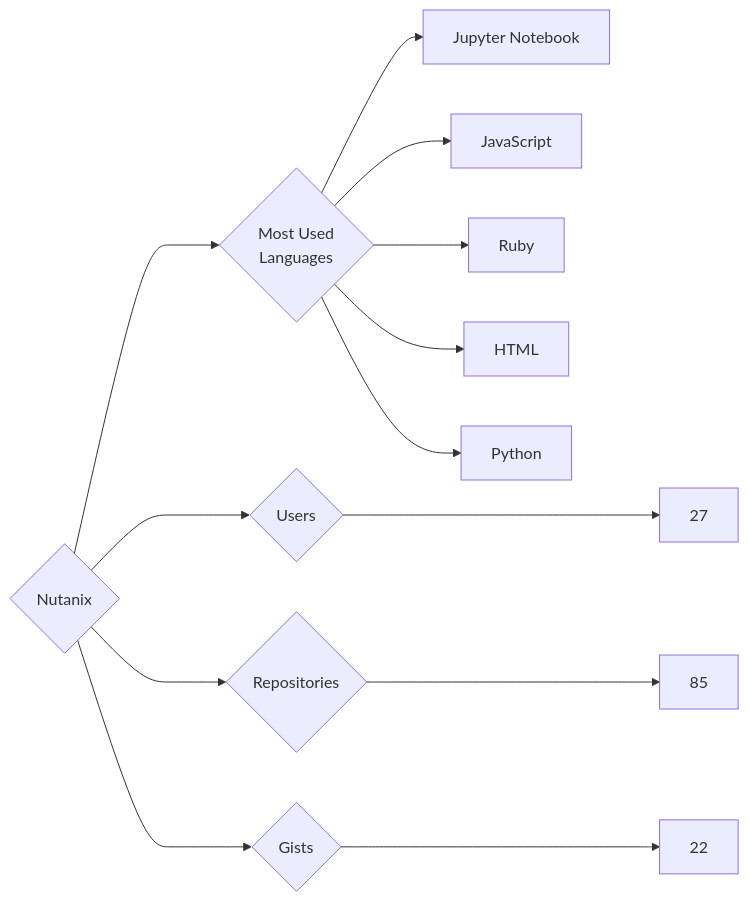
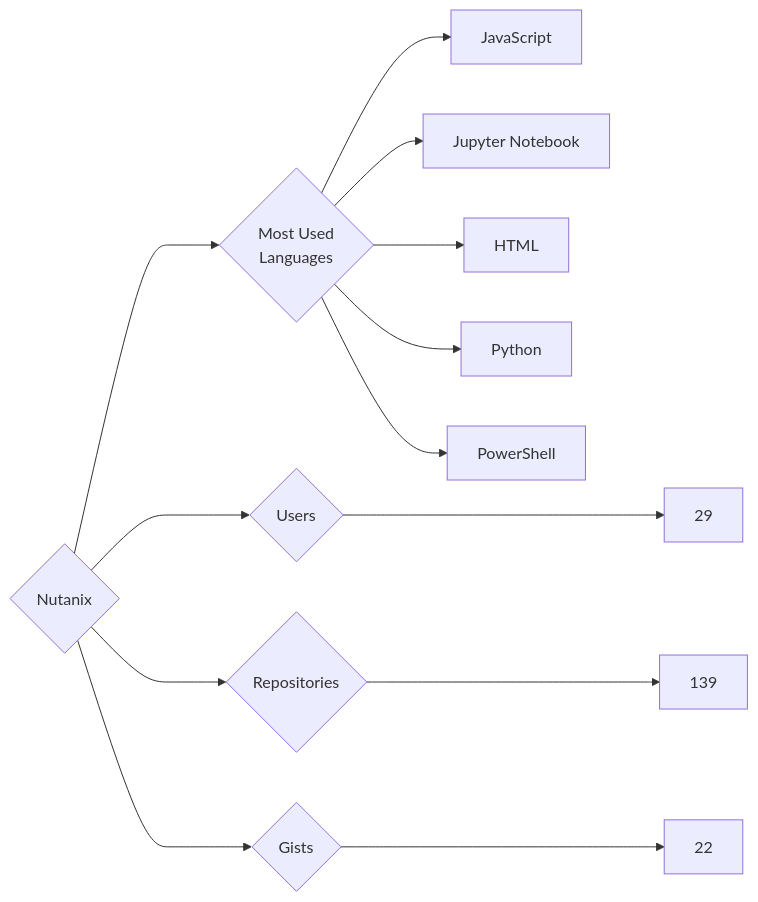
The diagram in targets/Nutanix/README.md (trickest/insiders), drawn with Mermaid before and after one commit. The commit also changed 895 other files, not shown here.

````diff
--- a/targets/Nutanix/README.md
+++ b/targets/Nutanix/README.md
@@ -3,13 +3,13 @@
 ```mermaid
 graph LR
 COMPANY_NAME{Nutanix}
-COMPANY_NAME ---> U{Users} ---> UN[27]
-COMPANY_NAME ---> R{Repositories} ---> RN[85]
+COMPANY_NAME ---> U{Users} ---> UN[29]
+COMPANY_NAME ---> R{Repositories} ---> RN[139]
 COMPANY_NAME ---> G{Gists} ---> GN[22]
 COMPANY_NAME ---> ML{Most Used<br>Languages}
+ML --> JavaScript[JavaScript]
 ML --> Jupyter_Notebook[Jupyter Notebook]
-ML --> JavaScript[JavaScript]
-ML --> Ruby[Ruby]
 ML --> HTML[HTML]
 ML --> Python[Python]
+ML --> PowerShell[PowerShell]
 ```
````
